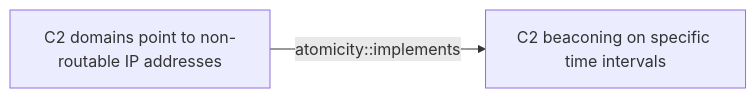
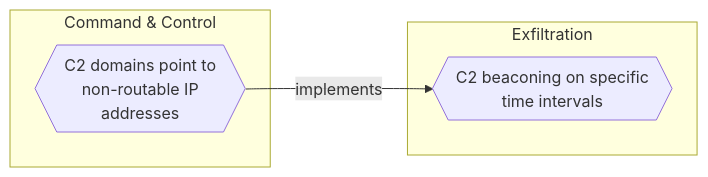
One commit to opentidehq/library changed the diagram in docs/threats/c2-domains-point-to-non-routable-ip-addresses.md. Above: the diagram before and after it, drawn with Mermaid. The commit also changed other lines of this file and 540 other files, not shown here.

````diff
--- a/docs/threats/c2-domains-point-to-non-routable-ip-addresses.md
+++ b/docs/threats/c2-domains-point-to-non-routable-ip-addresses.md
@@ -78,6 +88,10 @@
 ```mermaid
 flowchart LR
-ddab407e_d09d_4804_a4af_c11213553146["C2 domains point to non-routable IP addresses"]
-7b122bb4_fc13_438b_a052_4388c501ec59["C2 beaconing on specific time intervals"]
-ddab407e_d09d_4804_a4af_c11213553146 -->|atomicity::implements| 7b122bb4_fc13_438b_a052_4388c501ec59
+subgraph "Command & Control"
+ddab407e_d09d_4804_a4af_c11213553146{{"C2 domains point to<br>non-routable IP<br>addresses"}}
+end
+subgraph "Exfiltration"
+7b122bb4_fc13_438b_a052_4388c501ec59{{"C2 beaconing on specific<br>time intervals"}}
+end
+ddab407e_d09d_4804_a4af_c11213553146 -->|implements| 7b122bb4_fc13_438b_a052_4388c501ec59
 ```
````
